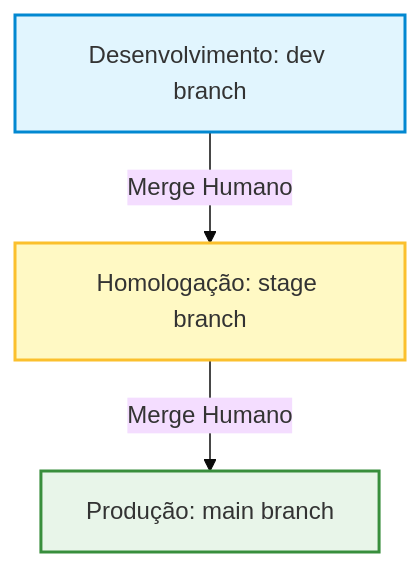
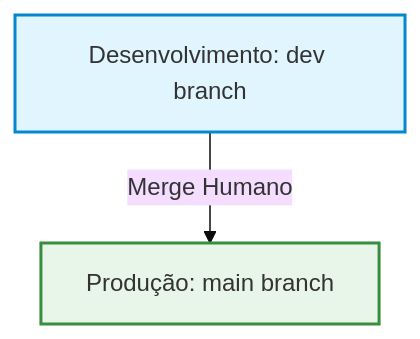
Before and after one commit to filipe0513/nutri-proud: the diagram in PROJECT_CONTEXT.md, drawn with Mermaid (base theme). The commit also changed other lines of this file and 3 other files, not shown here.

````diff
--- a/PROJECT_CONTEXT.md
+++ b/PROJECT_CONTEXT.md
@@ -11,9 +11,7 @@
 ```mermaid
 graph TD
-    A[Desenvolvimento: dev branch] -->|Merge Humano| B[Homologação: stage branch]
-    B -->|Merge Humano| C[Produção: main branch]
+    A[Desenvolvimento: dev branch] -->|Merge Humano| C[Produção: main branch]
     
     style A fill:#e1f5fe,stroke:#0288d1,stroke-width:2px
-    style B fill:#fff9c4,stroke:#fbc02d,stroke-width:2px
     style C fill:#e8f5e9,stroke:#388e3c,stroke-width:2px
 ```
````
